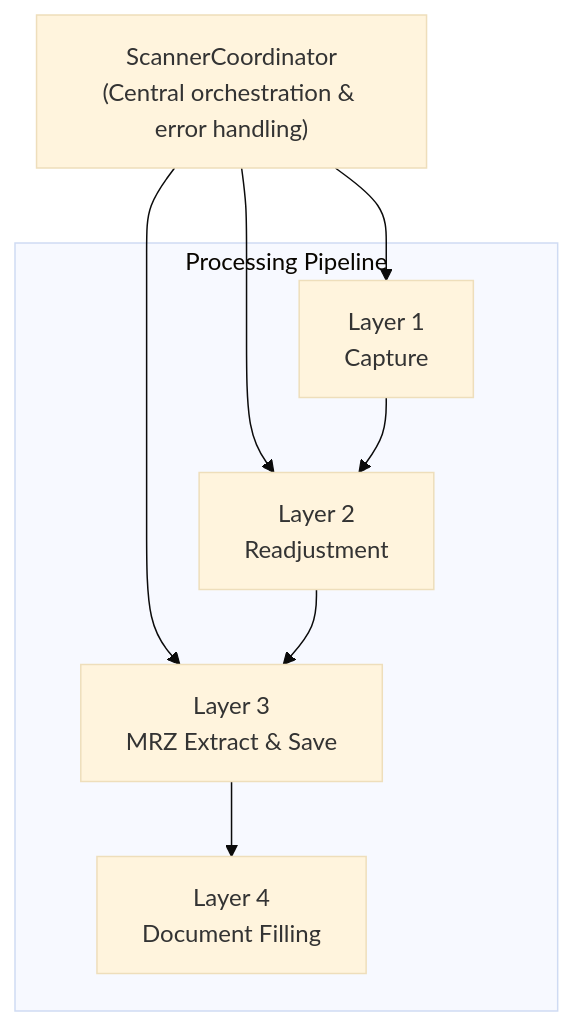
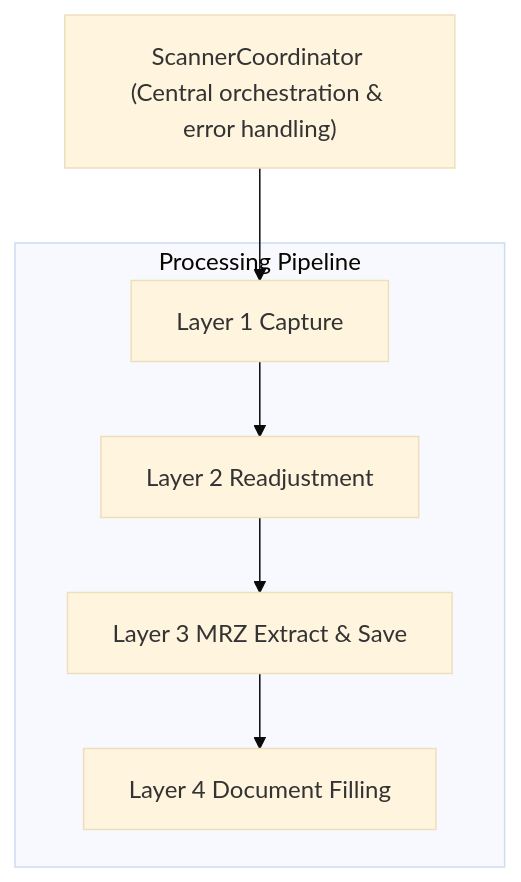
The second of 2 diagrams in kiosk/app/README.md (SadDevastator/smart-hotel), drawn with Mermaid (base theme) before and after one commit. The commit also changed other lines of this file and 2 other files, not shown here.

Commit message:
docs: update ESP32-CAM AI module documentation
- Add comprehensive AI training guide in esp32-cam/AI/README.md
- Enhance esp32-cam/README.md with hardware specs and troubleshooting
- Update kiosk app documentation for face recognition integration

Covers model training pipeline, dataset collection, TFLite conversion,
MQTT messaging patterns, and deployment configurations.

````diff
--- a/kiosk/app/README.md
+++ b/kiosk/app/README.md
@@ -155,14 +175,10 @@
 ```mermaid
 flowchart TB
-    COORD["ScannerCoordinator\n(Central orchestration & error handling)"]
-    
-    COORD --> L1
-    COORD --> L2
-    COORD --> L3
-    
-    subgraph PIPELINE["Processing Pipeline"]
-        L1["Layer 1\nCapture"] --> L2["Layer 2\nReadjustment"]
-        L2 --> L3["Layer 3\nMRZ Extract & Save"]
-        L3 --> L4["Layer 4\nDocument Filling"]
-    end
+  COORD["ScannerCoordinator (Central orchestration & error handling)"]
+  COORD --> L1
+  subgraph PIPELINE["Processing Pipeline"]
+    L1["Layer 1 Capture"] --> L2["Layer 2 Readjustment"]
+    L2 --> L3["Layer 3 MRZ Extract & Save"]
+    L3 --> L4["Layer 4 Document Filling"]
+  end
 ```
````
